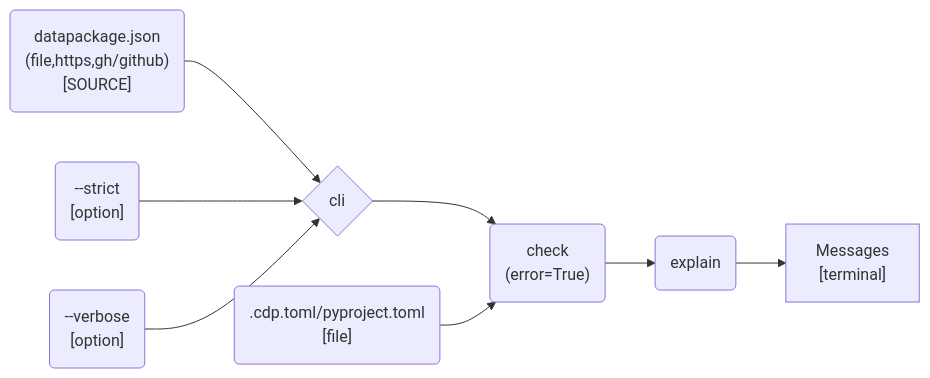
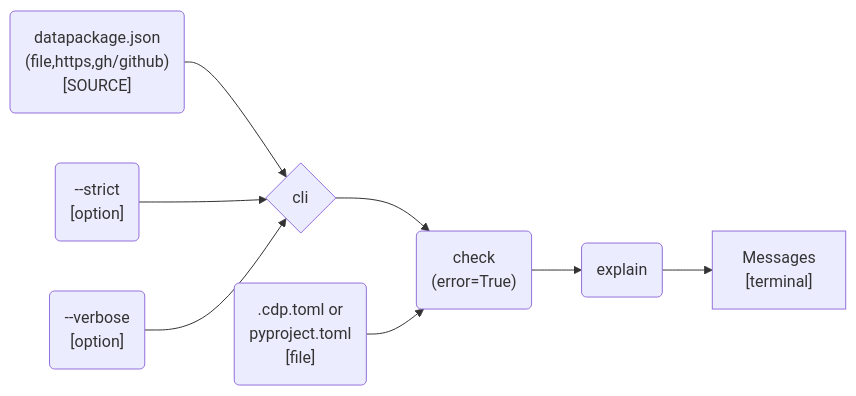
One commit to seedcase-project/check-datapackage changed the diagram in docs/design/interface/cli.qmd. Above: the diagram before and after it, drawn with Mermaid.

Commit message:
Apply suggestions from code review

````diff
--- a/docs/design/interface/cli.qmd
+++ b/docs/design/interface/cli.qmd
@@ -52,21 +52,21 @@
 ```{mermaid}
 %%| label: fig-cli-check-flow
 %%| fig-cap: "The flow of input and output through the CLI `check` command."
 %%| fig-alt: "Diagram showing the flow of input and output through the CLI `check` command. The user provides the source of the `datapackage.json` file and optional configuration, which are used by the `check` command to output issues."
 flowchart LR
     source("datapackage.json<br>(file,https,gh/github)<br>[SOURCE]")
-    config_file(".cdp.toml/pyproject.toml<br>[file]")
+    config_file(".cdp.toml or<br>pyproject.toml<br>[file]")
     strict_opt("--strict<br>[option]")
     verbose_opt("--verbose<br>[option]")
     cli{"cli"}
     check("check<br>(error=True)")
     explain("explain")
     stdout["Messages<br>[terminal]"]
 
     source --> cli
     strict_opt --> cli
     verbose_opt --> cli
     cli --> check
     config_file --> check
     check --> explain --> stdout
 ```
````
